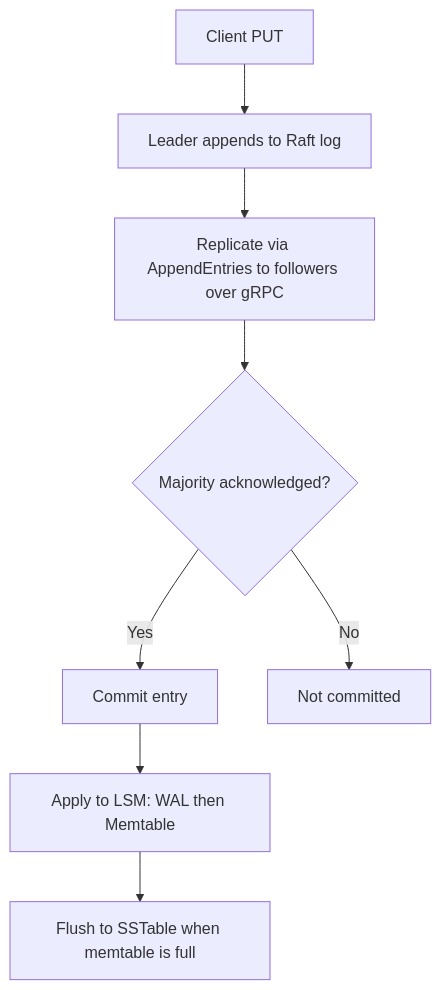
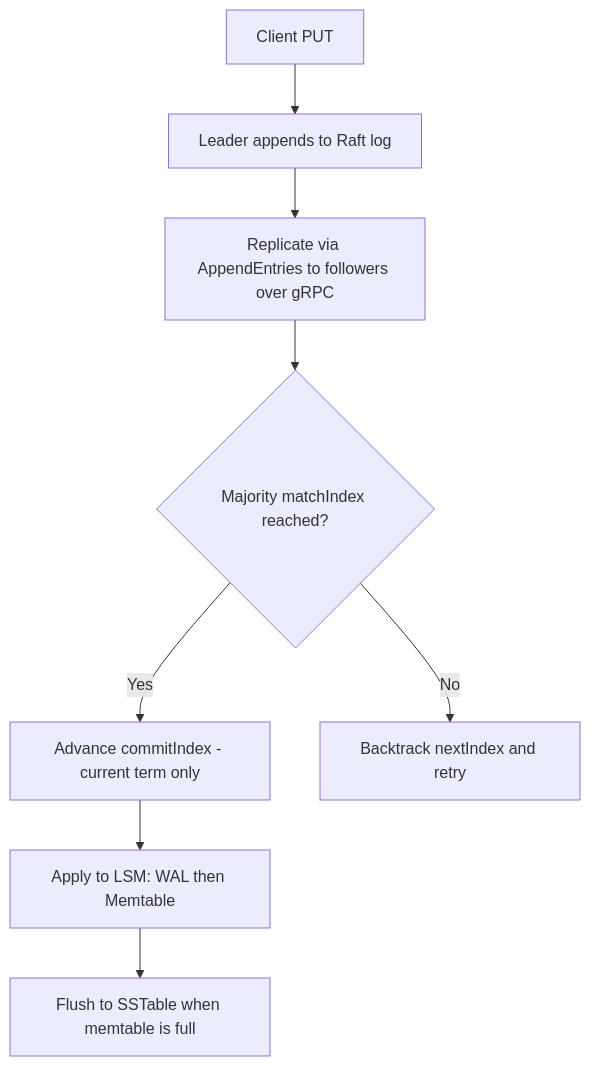
Before and after one commit to siriscent7/veritasdb: the second of 5 diagrams in README.md, drawn with Mermaid. The commit also changed other lines of this file and 4 other files, not shown here.

````diff
--- a/README.md
+++ b/README.md
@@ -62,10 +66,10 @@
 ```mermaid
 flowchart TD
     A[Client PUT] --> B[Leader appends to Raft log]
     B --> C[Replicate via AppendEntries to followers over gRPC]
-    C --> D{Majority acknowledged?}
-    D -->|Yes| E[Commit entry]
+    C --> D{Majority matchIndex reached?}
+    D -->|Yes| E[Advance commitIndex - current term only]
     E --> F[Apply to LSM: WAL then Memtable]
     F --> G[Flush to SSTable when memtable is full]
-    D -->|No| H[Not committed]
+    D -->|No| H[Backtrack nextIndex and retry]
 ```
````
